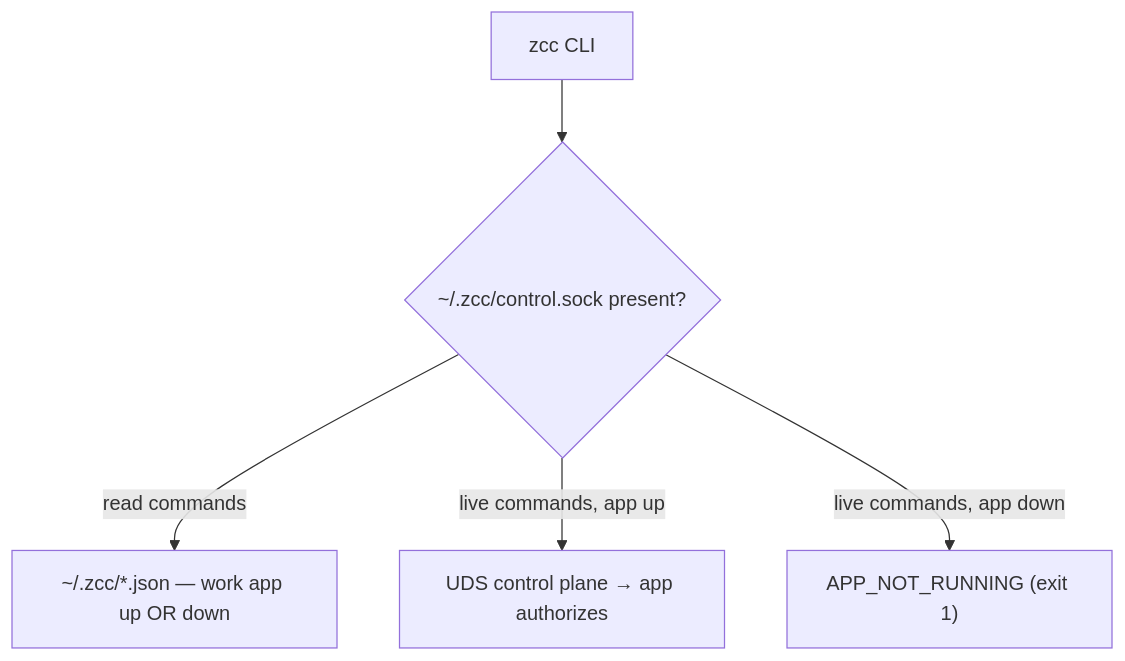
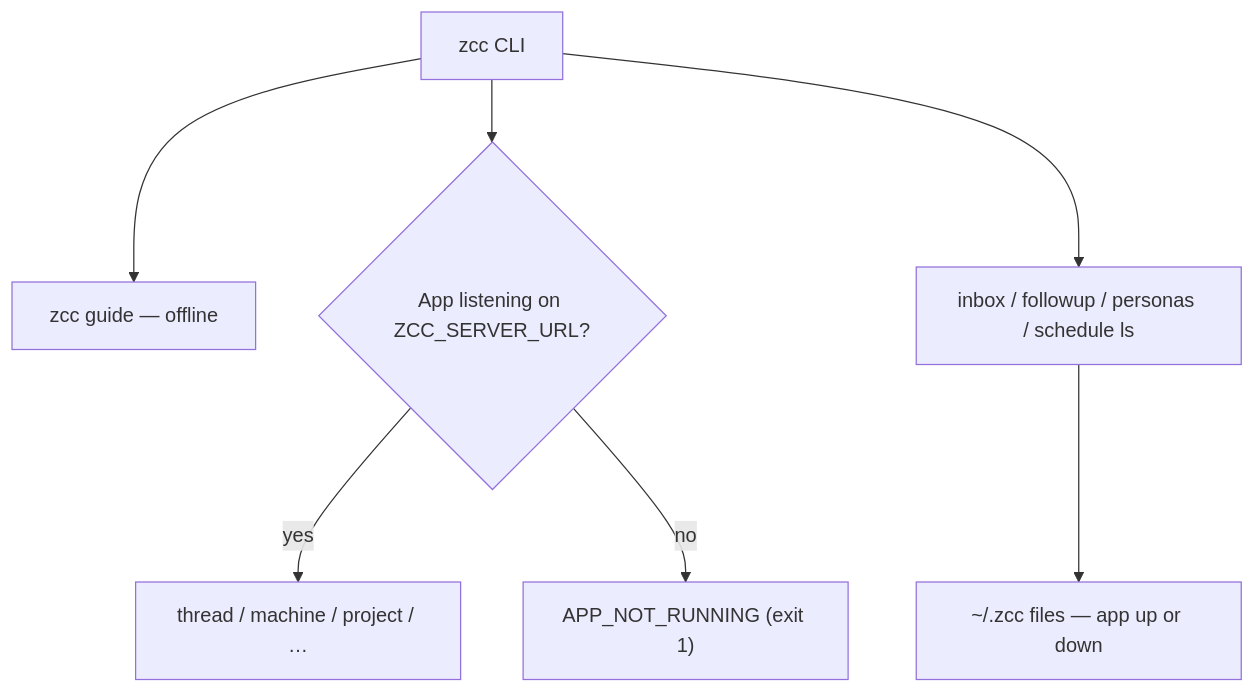
Before and after one commit to salesforce/zana: the diagram in website/content/docs/cli.md, drawn with Mermaid. The commit also changed other lines of this file and 222 other files, not shown here.

````diff
--- a/website/content/docs/cli.md
+++ b/website/content/docs/cli.md
@@ -15,7 +9,9 @@
 ```mermaid
 flowchart TD
-    CLI["zcc CLI"] --> Probe{"~/.zcc/control.sock present?"}
-    Probe -->|"read commands"| Files["~/.zcc/*.json — work app up OR down"]
-    Probe -->|"live commands, app up"| Sock["UDS control plane → app authorizes"]
-    Probe -->|"live commands, app down"| Err["APP_NOT_RUNNING (exit 1)"]
+    CLI["zcc CLI"] --> Guide["zcc guide — offline"]
+    CLI --> Http{"App listening on ZCC_SERVER_URL?"}
+    Http -->|"yes"| Api["thread / machine / project / …"]
+    Http -->|"no"| Down["APP_NOT_RUNNING (exit 1)"]
+    CLI --> Files["inbox / followup / personas / schedule ls"]
+    Files --> Disk["~/.zcc files — app up or down"]
 ```
````
